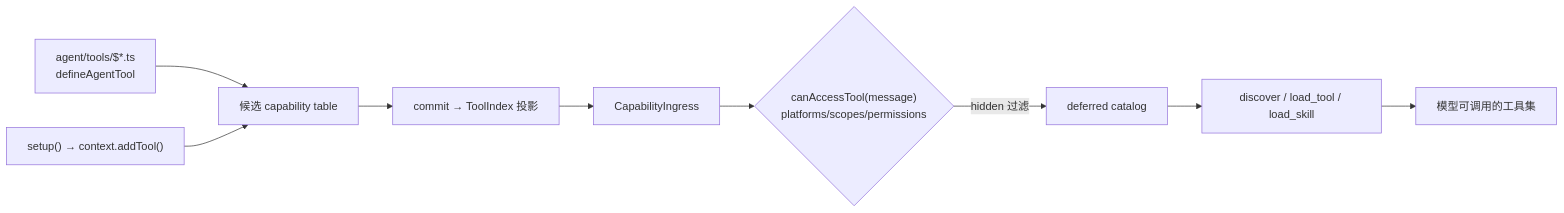
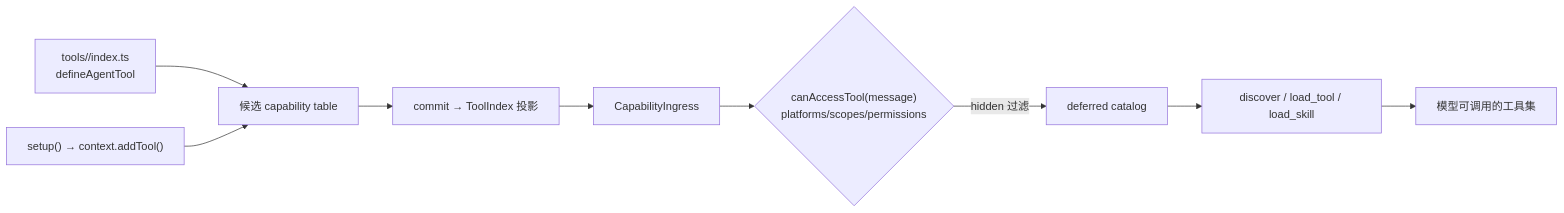
Before and after one commit to zhinjs/zhin: the diagram in docs/authoring/agent-tools.md, drawn with Mermaid. The commit also changed other lines of this file and 341 other files, not shown here.

Commit message:
refactor(agent): standardize capability directories

````diff
--- a/docs/authoring/agent-tools.md
+++ b/docs/authoring/agent-tools.md
@@ -10,11 +10,11 @@
 ```mermaid
 flowchart LR
-    A["agent/tools/$*.ts<br/>defineAgentTool"] --> C[候选 capability table]
+    A["tools/<name>/index.ts<br/>defineAgentTool"] --> C[候选 capability table]
     B["setup() → context.addTool()"] --> C
     C --> D["commit → ToolIndex 投影"]
     D --> E[CapabilityIngress]
     E --> F{"canAccessTool(message)<br/>platforms/scopes/permissions"}
     F -->|hidden 过滤| G[deferred catalog]
     G --> H["discover / load_tool / load_skill"]
     H --> I[模型可调用的工具集]
 ```
````
